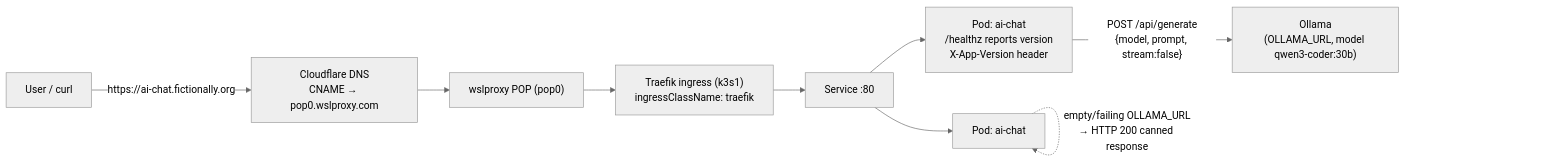
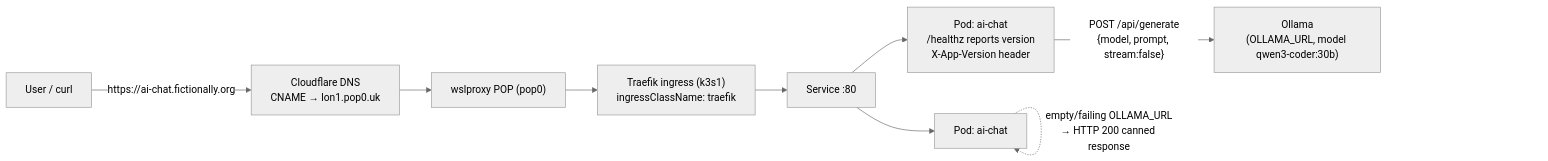
One commit to bwalia/ring-promoter changed the first of 3 diagrams in training/sample-apps/ai-chat/architecture.md. Above: the diagram before and after it, drawn with Mermaid (neutral theme). The commit also changed 29 other files, not shown here.

First line of the commit message:
chore(dns): repoint edge CNAME target pop0.wslproxy.com -> lon1.pop0.uk

````diff
--- a/training/sample-apps/ai-chat/architecture.md
+++ b/training/sample-apps/ai-chat/architecture.md
@@ -11,11 +11,11 @@
 ```mermaid
 flowchart LR
-  U["User / curl"] -->|"https://ai-chat.fictionally.org"| CF["Cloudflare DNS<br/>CNAME → pop0.wslproxy.com"]
+  U["User / curl"] -->|"https://ai-chat.fictionally.org"| CF["Cloudflare DNS<br/>CNAME → lon1.pop0.uk"]
   CF --> POP["wslproxy POP (pop0)"]
   POP --> TR["Traefik ingress (k3s1)<br/>ingressClassName: traefik"]
   TR --> SVC["Service :80"]
   SVC --> P1["Pod: ai-chat<br/>/healthz reports version<br/>X-App-Version header"]
   SVC --> P2["Pod: ai-chat"]
   P1 -->|"POST /api/generate<br/>{model, prompt, stream:false}"| OLL["Ollama<br/>(OLLAMA_URL, model qwen3-coder:30b)"]
   P2 -.->|"empty/failing OLLAMA_URL<br/>→ HTTP 200 canned response"| P2
 ```
````
